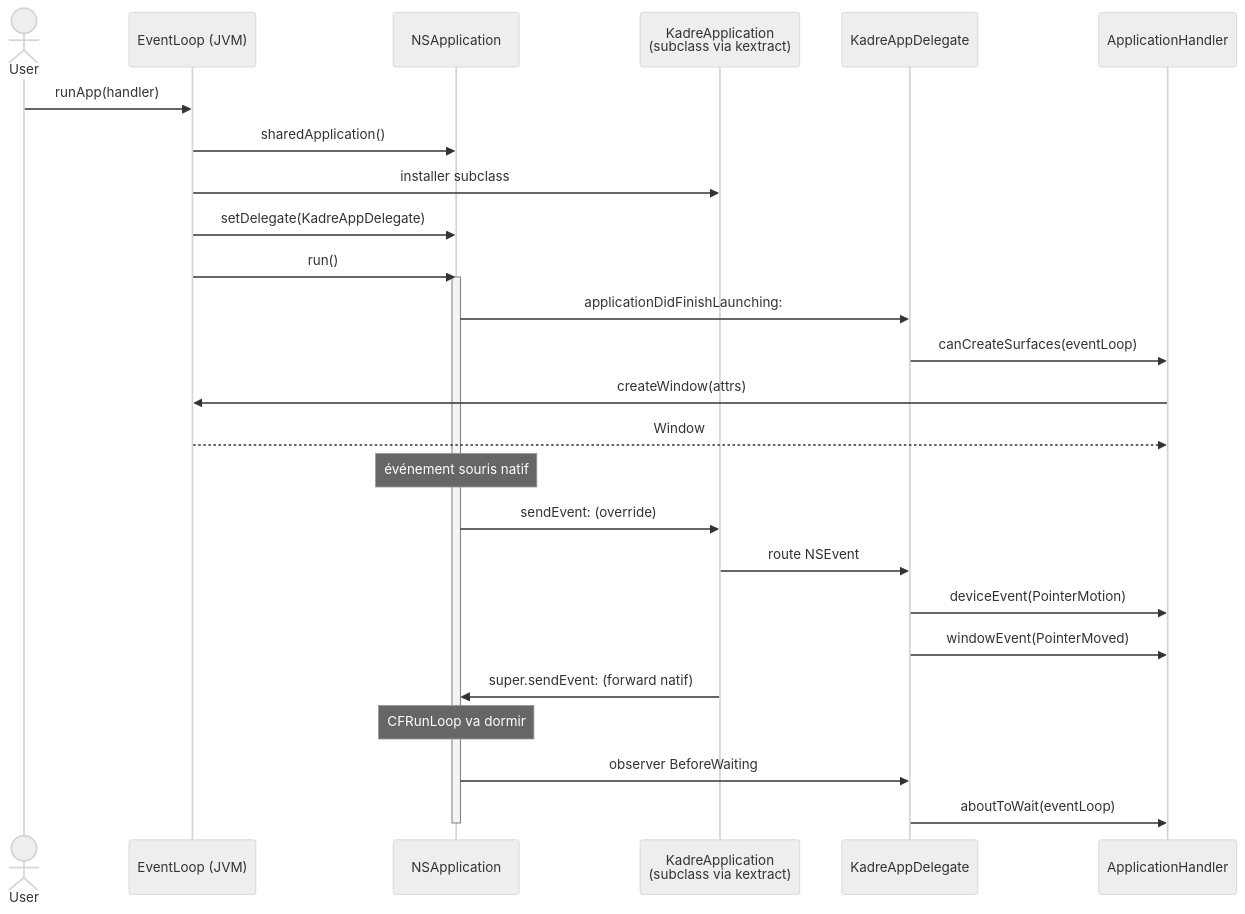
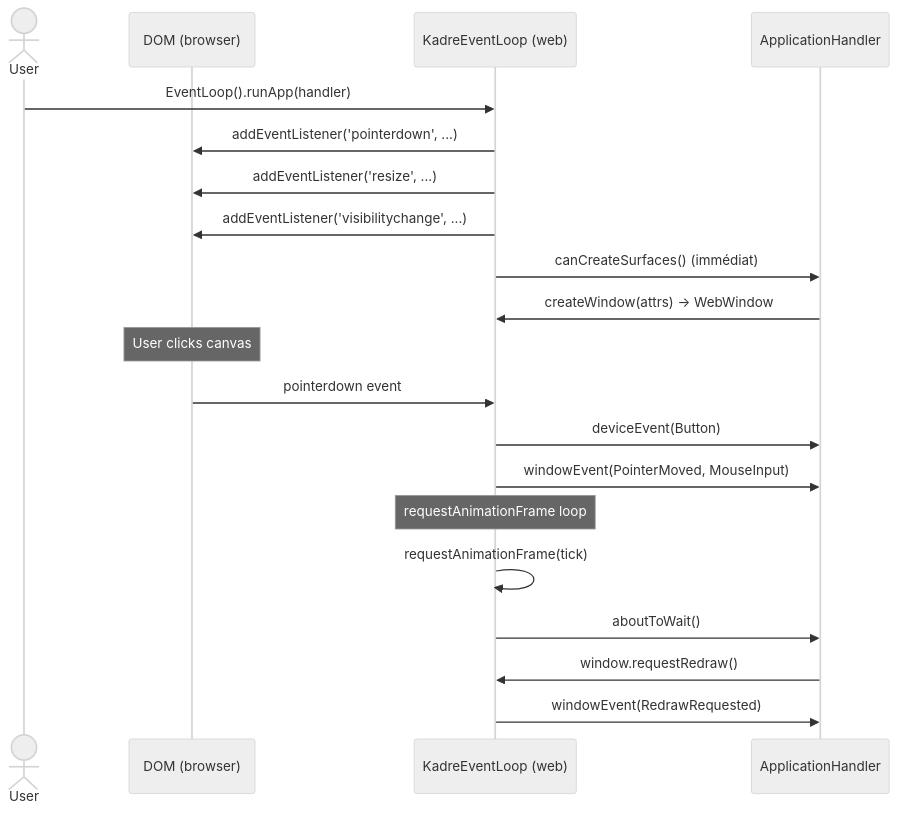
One commit to klang-toolkit/kextract changed the second of 4 diagrams in docs/kadre/specs.fr.md. Above: the diagram before and after it, drawn with Mermaid (neutral theme). The commit also changed other lines of this file and 132 other files, not shown here.

````diff
--- a/docs/kadre/specs.fr.md
+++ b/docs/kadre/specs.fr.md
@@ -292,34 +179,25 @@
 ```mermaid
 sequenceDiagram
     actor User
-    participant EL as EventLoop (JVM)
-    participant NSApp as NSApplication
-    participant KApp as KadreApplication<br/>(subclass via kextract)
-    participant Delegate as KadreAppDelegate
+    participant DOM as DOM (browser)
+    participant EL as KadreEventLoop (web)
     participant Handler as ApplicationHandler
 
-    User->>EL: runApp(handler)
-    EL->>NSApp: sharedApplication()
-    EL->>KApp: installer subclass
-    EL->>NSApp: setDelegate(KadreAppDelegate)
-    EL->>NSApp: run()
-    activate NSApp
+    User->>EL: EventLoop().runApp(handler)
+    EL->>DOM: addEventListener('pointerdown', ...)
+    EL->>DOM: addEventListener('resize', ...)
+    EL->>DOM: addEventListener('visibilitychange', ...)
+    EL->>Handler: canCreateSurfaces() (immédiat)
+    Handler->>EL: createWindow(attrs) → WebWindow
 
-    NSApp->>Delegate: applicationDidFinishLaunching:
-    Delegate->>Handler: canCreateSurfaces(eventLoop)
-    Handler->>EL: createWindow(attrs)
-    EL-->>Handler: Window
+    Note over DOM: User clicks canvas
+    DOM->>EL: pointerdown event
+    EL->>Handler: deviceEvent(Button)
+    EL->>Handler: windowEvent(PointerMoved, MouseInput)
 
-    Note over NSApp: événement souris natif
-    NSApp->>KApp: sendEvent: (override)
-    KApp->>Delegate: route NSEvent
-    Delegate->>Handler: deviceEvent(PointerMotion)
-    Delegate->>Handler: windowEvent(PointerMoved)
-    KApp->>NSApp: super.sendEvent: (forward natif)
-
-    Note over NSApp: CFRunLoop va dormir
-    NSApp->>Delegate: observer BeforeWaiting
-    Delegate->>Handler: aboutToWait(eventLoop)
-
-    deactivate NSApp
+    Note over EL: requestAnimationFrame loop
+    EL->>EL: requestAnimationFrame(tick)
+    EL->>Handler: aboutToWait()
+    Handler->>EL: window.requestRedraw()
+    EL->>Handler: windowEvent(RedrawRequested)
 ```
````
